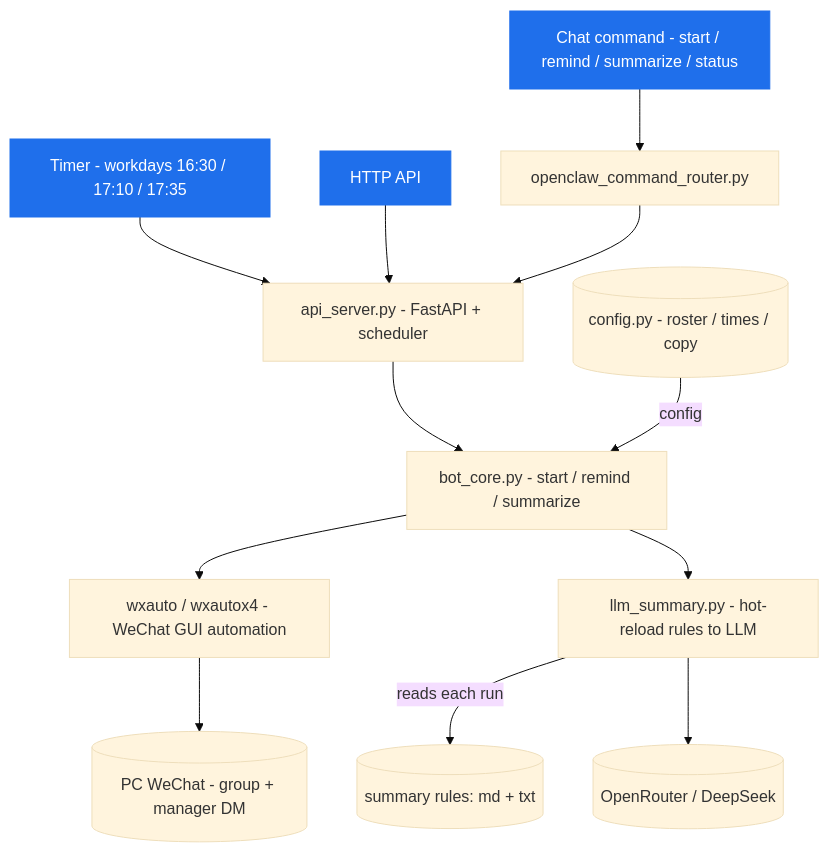
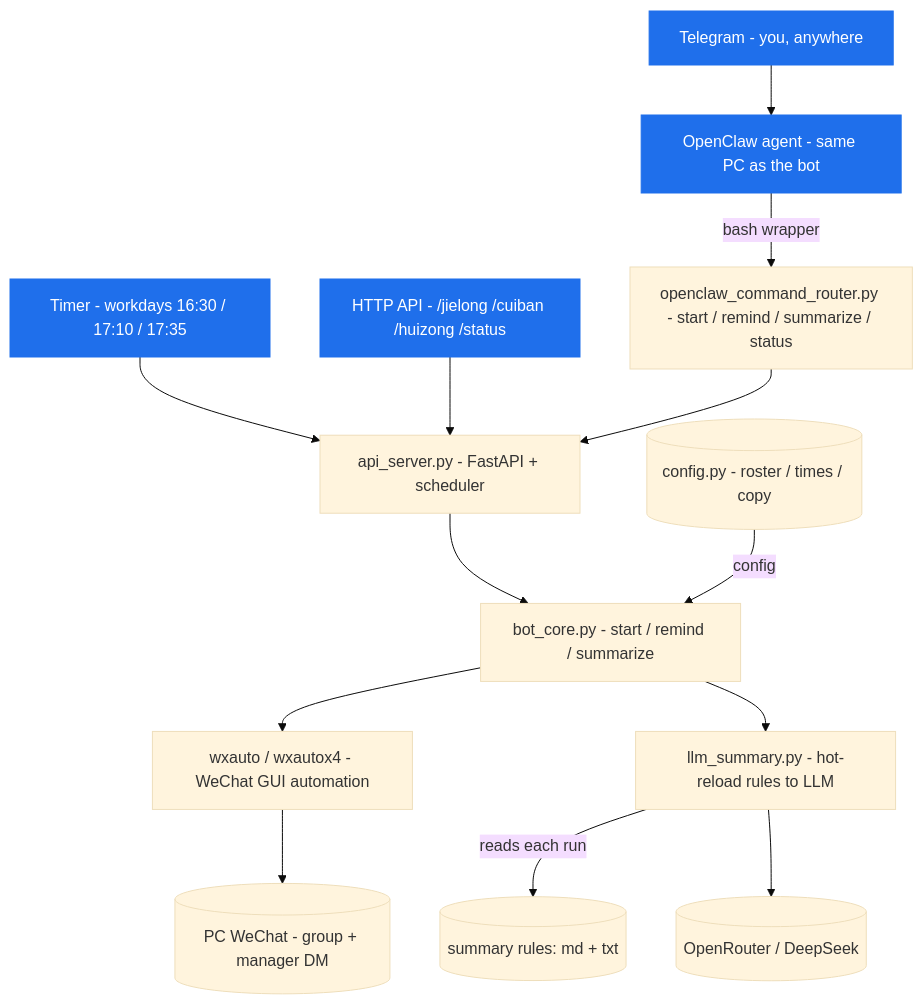
Before and after one commit to perrycan/wechat-daily-report-bot: the first of 2 diagrams in README.md, drawn with Mermaid (base theme). The commit also changed other lines of this file and 2 other files, not shown here.

Commit message:
docs: document Telegram → OpenClaw remote-control flow (correct trigger description)

````diff
--- a/README.md
+++ b/README.md
@@ -50,28 +50,30 @@
 ```mermaid
 flowchart TD
+    PH["Telegram - you, anywhere"]
+    OC["OpenClaw agent - same PC as the bot"]
     T1["Timer - workdays 16:30 / 17:10 / 17:35"]
-    T2["Chat command - start / remind / summarize / status"]
-    T3["HTTP API"]
-    R["openclaw_command_router.py"]
+    T3["HTTP API - /jielong /cuiban /huizong /status"]
+    R["openclaw_command_router.py - start / remind / summarize / status"]
     A["api_server.py - FastAPI + scheduler"]
     C["bot_core.py - start / remind / summarize"]
     W["wxauto / wxautox4 - WeChat GUI automation"]
     M["llm_summary.py - hot-reload rules to LLM"]
     RULES[("summary rules: md + txt")]
     LLM[("OpenRouter / DeepSeek")]
     WX[("PC WeChat - group + manager DM")]
     CFG[("config.py - roster / times / copy")]
+    PH --> OC
+    OC -->|bash wrapper| R
     T1 --> A
-    T2 --> R
     T3 --> A
     R --> A
     A --> C
     C --> W
     C --> M
     M -->|reads each run| RULES
     M --> LLM
     W --> WX
     CFG -->|config| C
     classDef trig fill:#1f6feb,color:#ffffff,stroke:#1f6feb;
-    class T1,T2,T3 trig;
+    class PH,OC,T1,T3 trig;
 ```
````
